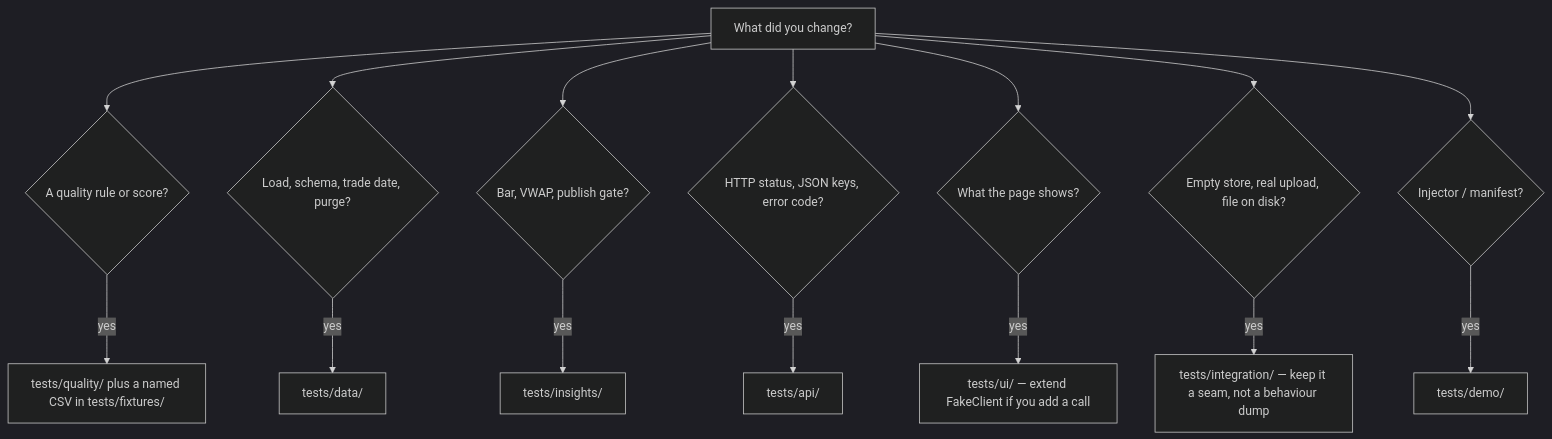
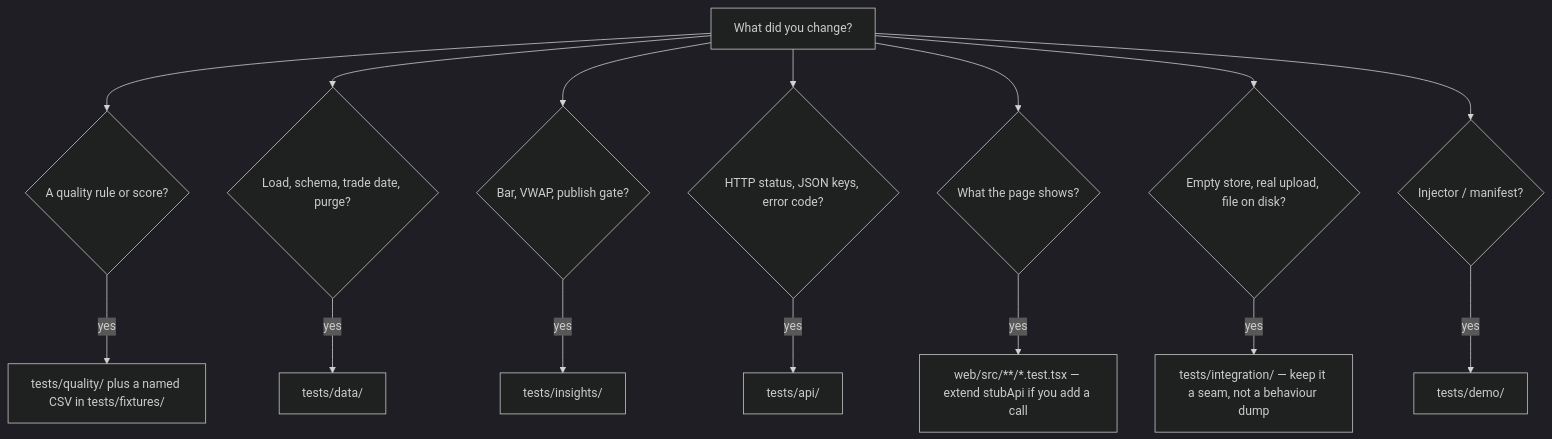
Before and after one commit to shu-y-codes/loupe: diagram 17 of 17 in docs/how-tests-work.md, drawn with Mermaid (dark theme). The commit also changed other lines of this file and 80 other files, not shown here.

````diff
--- a/docs/how-tests-work.md
+++ b/docs/how-tests-work.md
@@ -535,18 +547,18 @@
 ```mermaid
 flowchart TD
   Q["What did you change?"]
   Q --> R{"A quality rule or score?"}
   R -->|yes| QF["tests/quality/ plus a named CSV in tests/fixtures/"]
   Q --> L{"Load, schema, trade date, purge?"}
   L -->|yes| DF["tests/data/"]
   Q --> B{"Bar, VWAP, publish gate?"}
   B -->|yes| IF["tests/insights/"]
   Q --> H{"HTTP status, JSON keys, error code?"}
   H -->|yes| AF["tests/api/"]
   Q --> P{"What the page shows?"}
-  P -->|yes| UF["tests/ui/ — extend FakeClient if you add a call"]
+  P -->|yes| UF["web/src/**/*.test.tsx — extend stubApi if you add a call"]
   Q --> S{"Empty store, real upload, file on disk?"}
   S -->|yes| INTF["tests/integration/ — keep it a seam, not a behaviour dump"]
   Q --> J{"Injector / manifest?"}
   J -->|yes| DEM["tests/demo/"]
 ```
````
